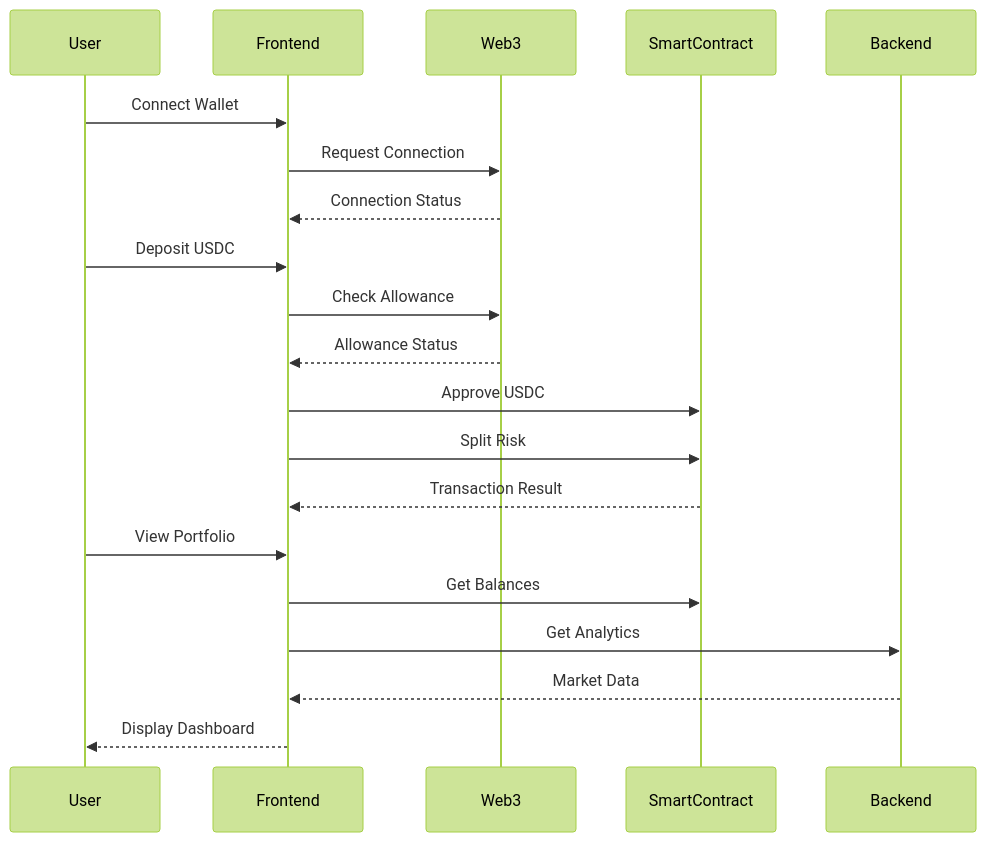
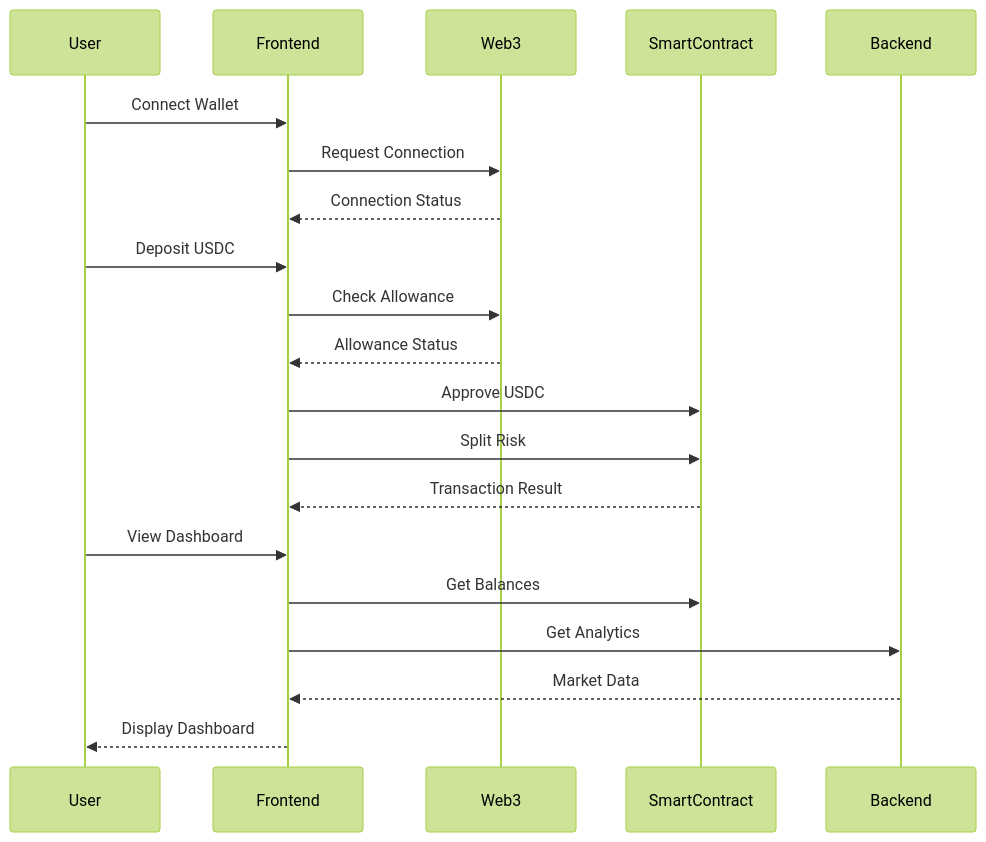
One commit to zalatar242/CoverMax-DeFi changed the diagram in frontend-implementation-plan.md. Above: the diagram before and after it, drawn with Mermaid (forest theme). The commit also changed other lines of this file and 10 other files, not shown here.

````diff
--- a/frontend-implementation-plan.md
+++ b/frontend-implementation-plan.md
@@ -39,25 +39,25 @@
 ```mermaid
 sequenceDiagram
     participant User
     participant Frontend
     participant Web3
     participant SmartContract
     participant Backend
 
     User->>Frontend: Connect Wallet
     Frontend->>Web3: Request Connection
     Web3-->>Frontend: Connection Status
 
     User->>Frontend: Deposit USDC
     Frontend->>Web3: Check Allowance
     Web3-->>Frontend: Allowance Status
     Frontend->>SmartContract: Approve USDC
     Frontend->>SmartContract: Split Risk
     SmartContract-->>Frontend: Transaction Result
 
-    User->>Frontend: View Portfolio
+    User->>Frontend: View Dashboard
     Frontend->>SmartContract: Get Balances
     Frontend->>Backend: Get Analytics
     Backend-->>Frontend: Market Data
     Frontend-->>User: Display Dashboard
 ```
````
